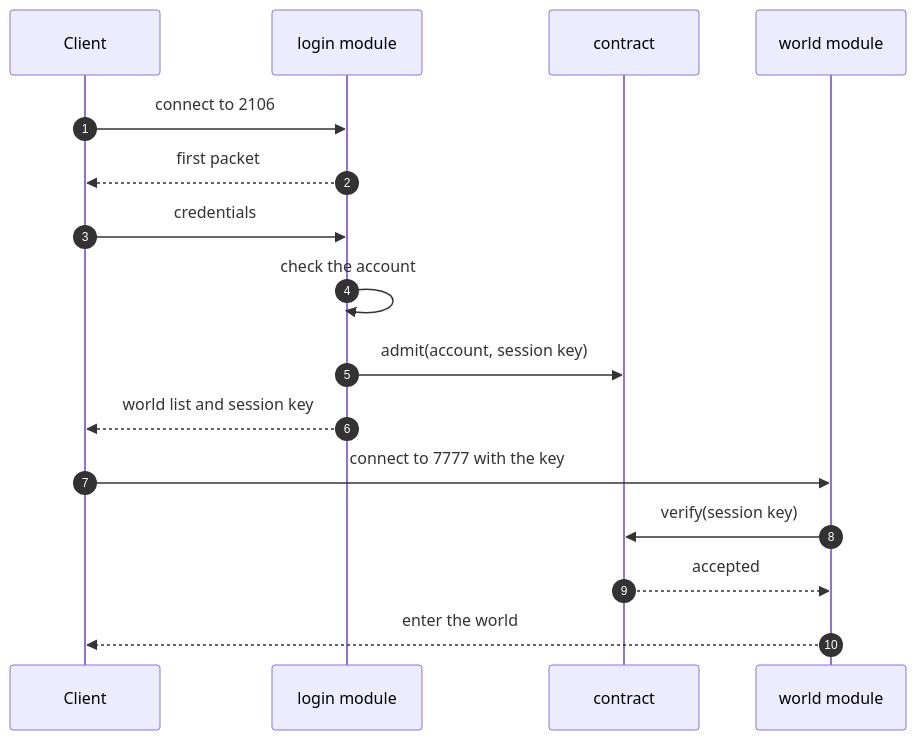
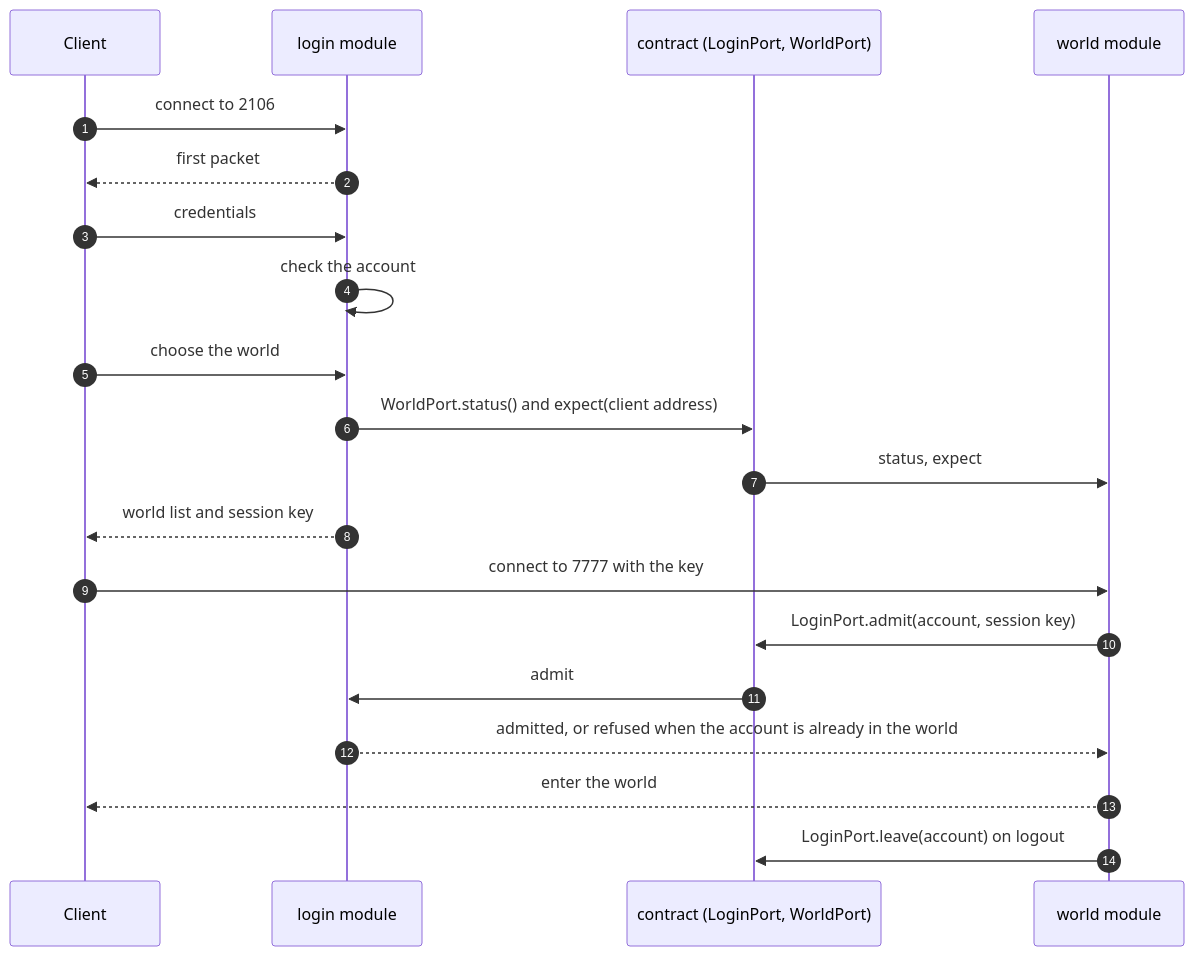
Before and after one commit to l2go/l2jfree: the fifth of 5 diagrams in docs/architecture.md, drawn with Mermaid. The commit also changed other lines of this file and 806 other files, not shown here.

First line of the commit message:
Move the world data to PostgreSQL 18 and run login and world in one process (#133)

````diff
--- a/docs/architecture.md
+++ b/docs/architecture.md
@@ -108,18 +116,22 @@
 ```mermaid
 sequenceDiagram
     autonumber
     participant C as Client
     participant L as login module
-    participant K as contract
+    participant K as contract (LoginPort, WorldPort)
     participant W as world module
     C->>L: connect to 2106
     L-->>C: first packet
     C->>L: credentials
     L->>L: check the account
-    L->>K: admit(account, session key)
+    C->>L: choose the world
+    L->>K: WorldPort.status() and expect(client address)
+    K->>W: status, expect
     L-->>C: world list and session key
     C->>W: connect to 7777 with the key
-    W->>K: verify(session key)
-    K-->>W: accepted
+    W->>K: LoginPort.admit(account, session key)
+    K->>L: admit
+    L-->>W: admitted, or refused when the account is already in the world
     W-->>C: enter the world
+    W->>K: LoginPort.leave(account) on logout
 ```
````
